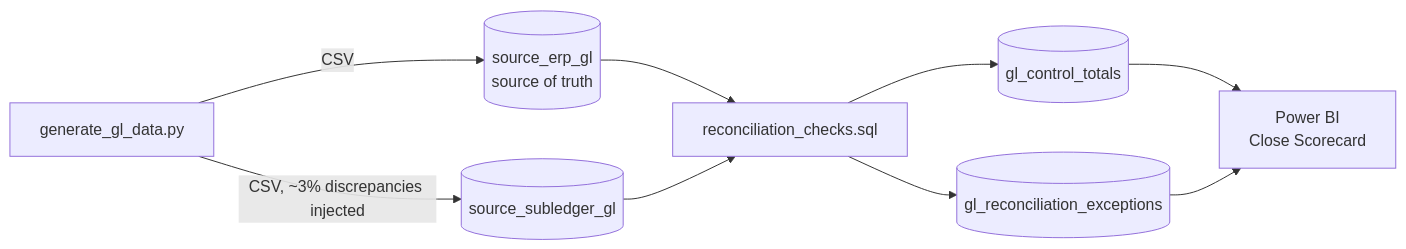
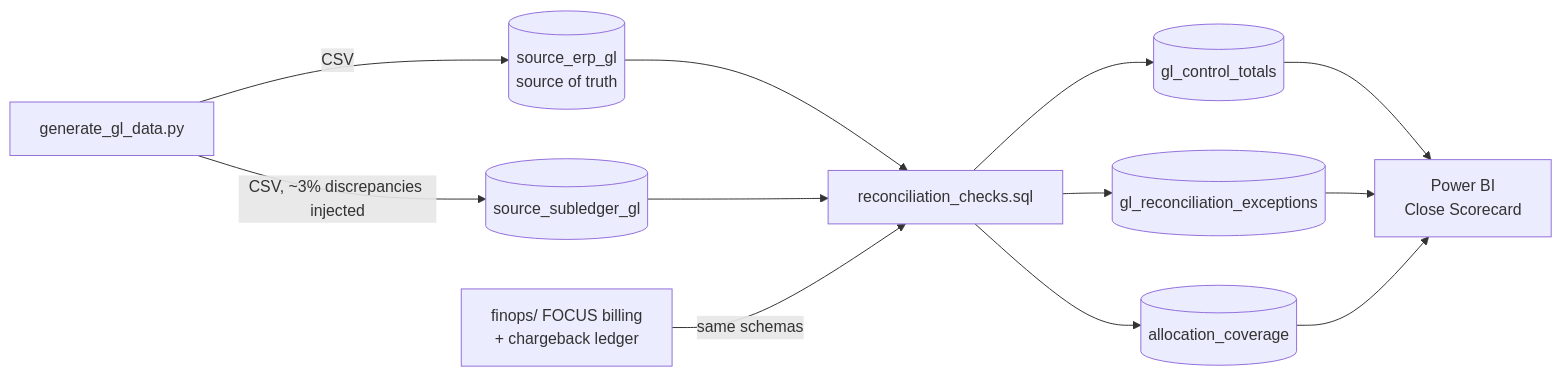
Before and after one commit to KushPatel29/gl-reconciliation-dashboard-: the diagram in README.md, drawn with Mermaid. The commit also changed other lines of this file and 5 other files, not shown here.

Commit message:
Readiness pass: sync DAX library with cloud measures, correct model stats in OPEN_ME_FIRST (11 tables/19 measures/5 pages/42 visuals), add Close Insights + Cloud Chargeback to build guide, FinOps flow in architecture diagram, untrack Desktop editor settings

````diff
--- a/README.md
+++ b/README.md
@@ -56,11 +56,14 @@
 ```mermaid
 flowchart LR
     GEN[generate_gl_data.py] -->|CSV| ERP[(source_erp_gl<br/>source of truth)]
     GEN -->|CSV, ~3% discrepancies injected| SUB[(source_subledger_gl)]
     ERP --> SQL[reconciliation_checks.sql]
     SUB --> SQL
     SQL --> CT[(gl_control_totals)]
     SQL --> EX[(gl_reconciliation_exceptions)]
     CT --> PBI[Power BI<br/>Close Scorecard]
     EX --> PBI
+    FOC[finops/ FOCUS billing<br/>+ chargeback ledger] -->|same schemas| SQL
+    SQL --> COV[(allocation_coverage)]
+    COV --> PBI
 ```
````
